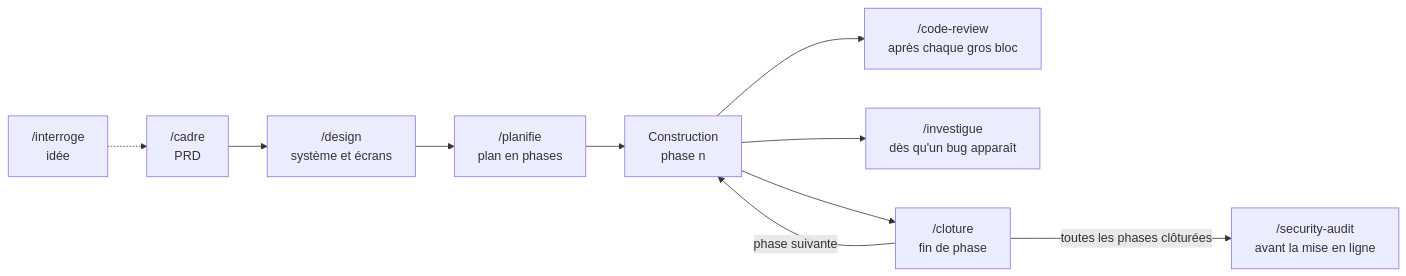
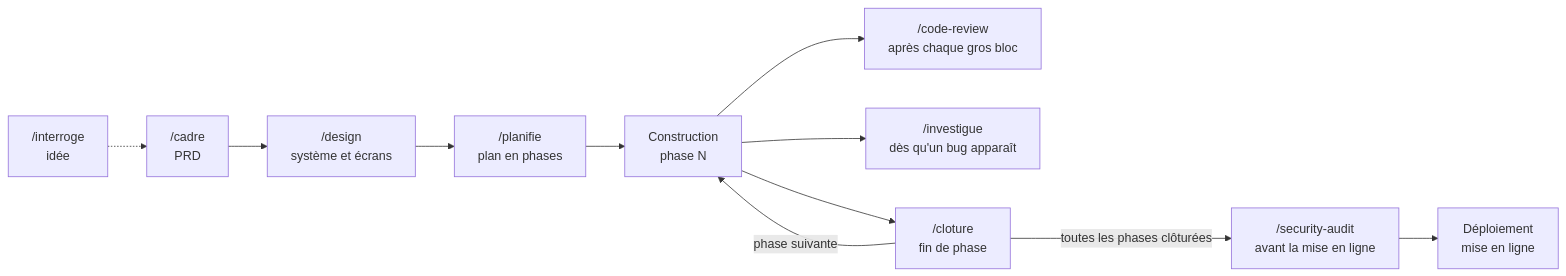
Before and after one commit to MaQssime7/environnement-agentique: the diagram in README.md, drawn with Mermaid. The commit also changed 1 other file, not shown here.

Commit message:
Carte : lignes Qualité et Sécurité séparées, boucle en raquette, Déploiement en suite, Documentation en jaune

````diff
--- a/README.md
+++ b/README.md
@@ -11,12 +11,13 @@
 ```mermaid
 flowchart LR
     I["/interroge<br/>idée"] -.-> C["/cadre<br/>PRD"]
     C --> D["/design<br/>système et écrans"]
     D --> P["/planifie<br/>plan en phases"]
-    P --> B["Construction<br/>phase n"]
+    P --> B["Construction<br/>phase N"]
     B --> R["/code-review<br/>après chaque gros bloc"]
     B --> X["/investigue<br/>dès qu'un bug apparaît"]
     B --> F["/cloture<br/>fin de phase"]
     F -->|phase suivante| B
     F -->|toutes les phases clôturées| S["/security-audit<br/>avant la mise en ligne"]
+    S --> M["Déploiement<br/>mise en ligne"]
 ```
````
